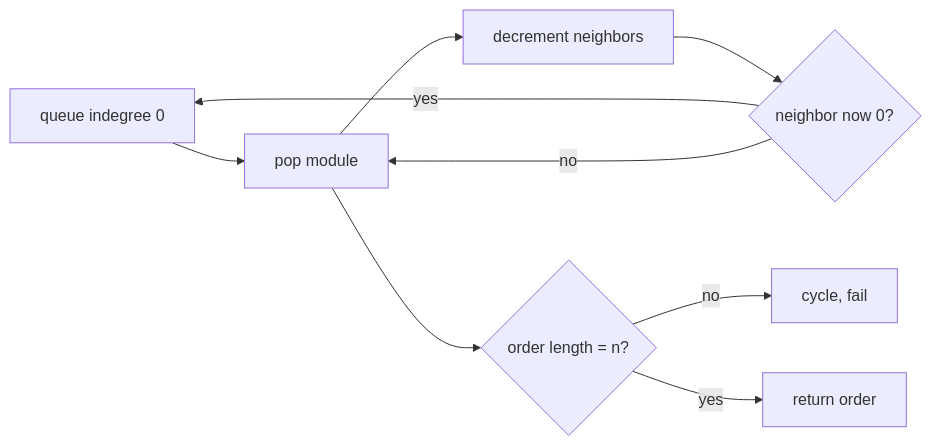
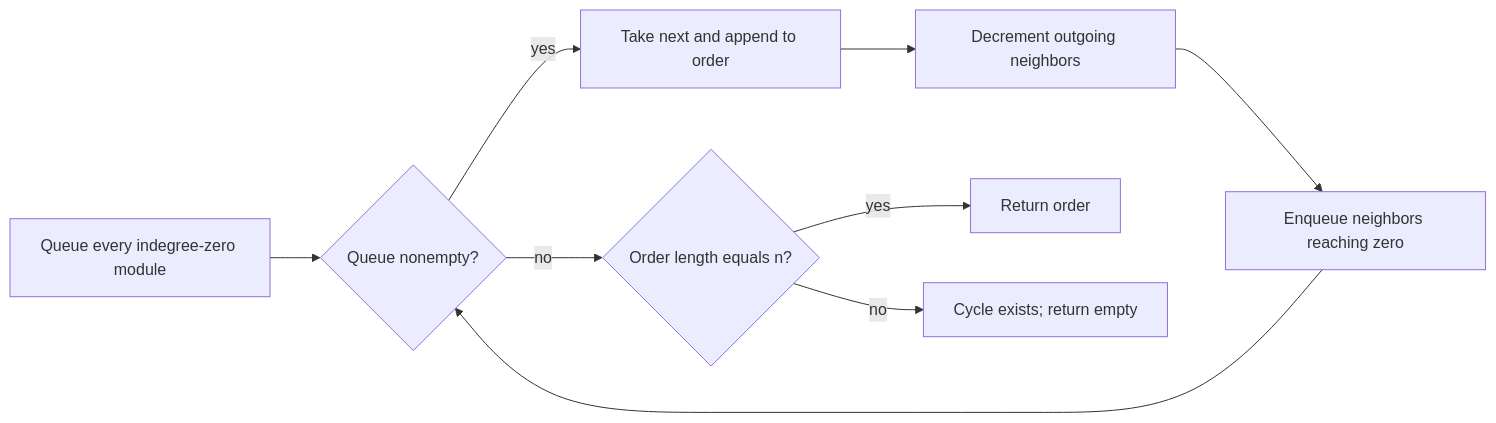
Before and after one commit to jdodsoncollins/study-material: the diagram in lessons/algorithms/problems/course-order/viz/peel.md, drawn with Mermaid. The commit also changed 175 other files, not shown here.

````diff
--- a/lessons/algorithms/problems/course-order/viz/peel.md
+++ b/lessons/algorithms/problems/course-order/viz/peel.md
@@ -3,11 +3,11 @@
 ```mermaid
 flowchart LR
-  seed[queue indegree 0] --> peel[pop module]
-  peel --> drop[decrement neighbors]
-  drop --> zero{neighbor now 0?}
-  zero -->|yes| seed
-  zero -->|no| peel
-  peel --> done{order length = n?}
-  done -->|no| cycle[cycle, fail]
-  done -->|yes| ok[return order]
+  seed[Queue every indegree-zero module] --> more{Queue nonempty?}
+  more -->|yes| peel[Take next and append to order]
+  peel --> drop[Decrement outgoing neighbors]
+  drop --> zero[Enqueue neighbors reaching zero]
+  zero --> more
+  more -->|no| done{Order length equals n?}
+  done -->|yes| ok[Return order]
+  done -->|no| cycle[Cycle exists; return empty]
 ```
````
